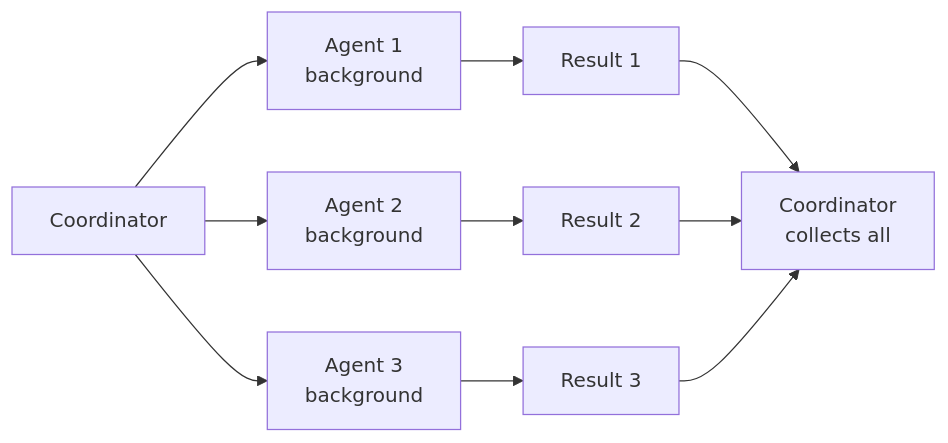
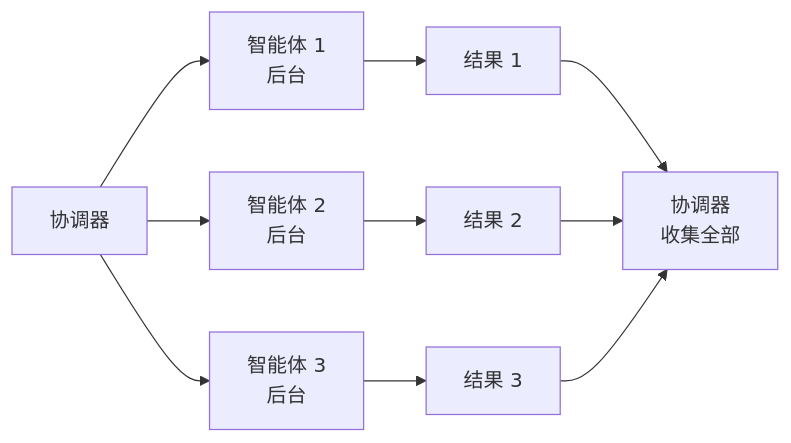
One commit to Allen-work-mk/squad-zh changed the second of 3 diagrams in docs/src/content/docs-zh/concepts/parallel-work.md. Above: the diagram before and after it, drawn with Mermaid. The commit also changed other lines of this file and 5 other files, not shown here.

````diff
--- a/docs/src/content/docs-zh/concepts/parallel-work.md
+++ b/docs/src/content/docs-zh/concepts/parallel-work.md
@@ -83,12 +82,12 @@
 ```mermaid
 graph LR
-    A["Coordinator"] --> B["Agent 1<br/>background"]
-    A --> C["Agent 2<br/>background"]
-    A --> D["Agent 3<br/>background"]
-    B --> E["Result 1"]
-    C --> F["Result 2"]
-    D --> G["Result 3"]
-    E --> H["Coordinator<br/>collects all"]
+    A["协调器"] --> B["智能体 1<br/>后台"]
+    A --> C["智能体 2<br/>后台"]
+    A --> D["智能体 3<br/>后台"]
+    B --> E["结果 1"]
+    C --> F["结果 2"]
+    D --> G["结果 3"]
+    E --> H["协调器<br/>收集全部"]
     F --> H
     G --> H
 ```
````
